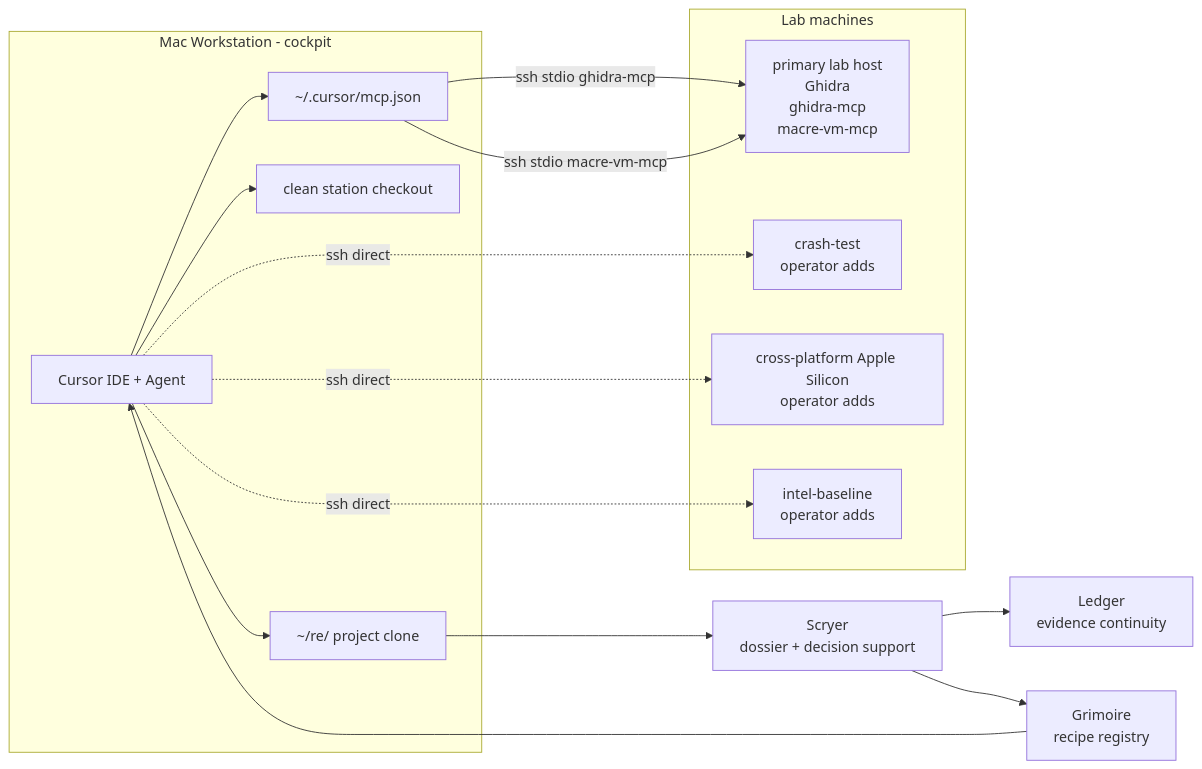
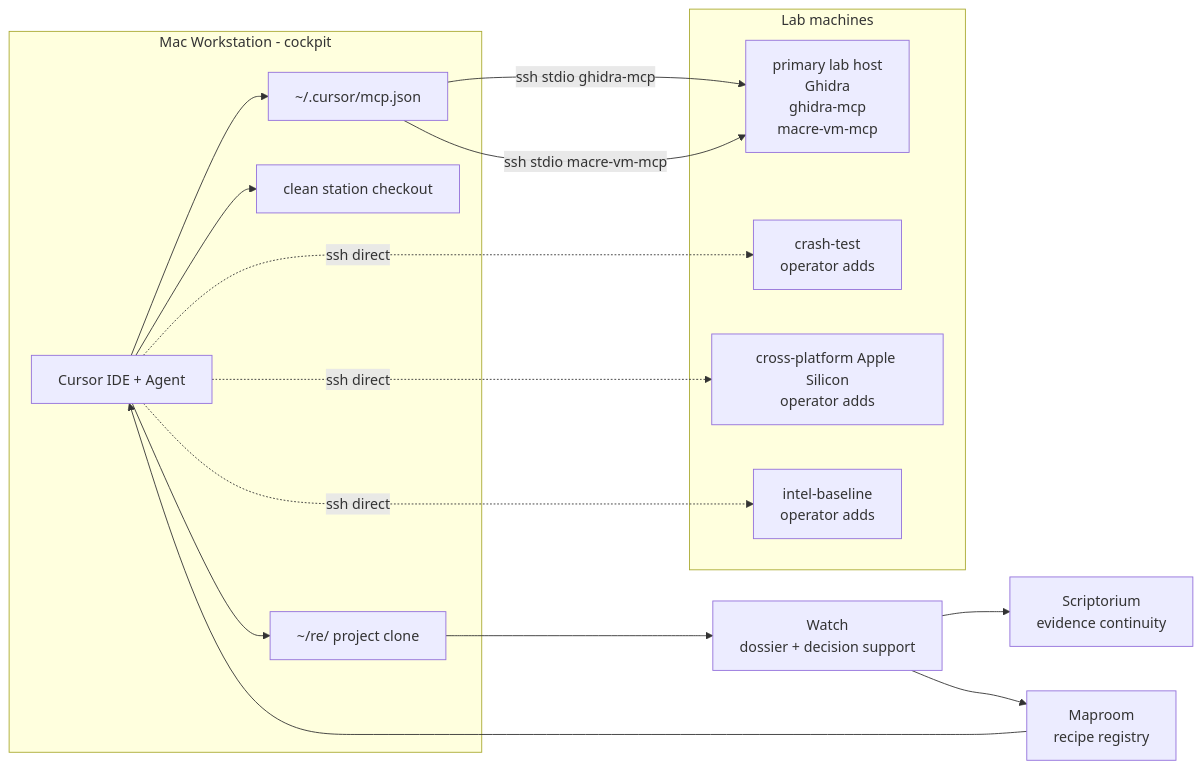
Before and after one commit to UnsaltedHash42/mac-reversing-station: the diagram in docs/topology.md, drawn with Mermaid. The commit also changed other lines of this file and 22 other files, not shown here.

````diff
--- a/docs/topology.md
+++ b/docs/topology.md
@@ -7,29 +7,29 @@
 ```mermaid
 flowchart LR
     subgraph Workstation["Mac Workstation - cockpit"]
         Cursor["Cursor IDE + Agent"]
         MCP["~/.cursor/mcp.json"]
         Template["clean station checkout"]
         Project["~/re/<project> project clone"]
     end
 
     subgraph Lab["Lab machines"]
         Primary["primary lab host<br/>Ghidra<br/>ghidra-mcp<br/>macre-vm-mcp"]
         Crash["crash-test<br/>operator adds"]
         Cross["cross-platform Apple Silicon<br/>operator adds"]
         Intel["intel-baseline<br/>operator adds"]
     end
 
     Cursor --> MCP
     MCP -->|"ssh stdio ghidra-mcp"| Primary
     MCP -->|"ssh stdio macre-vm-mcp"| Primary
     Cursor --> Template
     Cursor --> Project
-    Project --> Scryer["Scryer<br/>dossier + decision support"]
-    Scryer --> Ledger["Ledger<br/>evidence continuity"]
-    Scryer --> Grimoire["Grimoire<br/>recipe registry"]
-    Grimoire --> Cursor
+    Project --> Watch["Watch<br/>dossier + decision support"]
+    Watch --> Scriptorium["Scriptorium<br/>evidence continuity"]
+    Watch --> Maproom["Maproom<br/>recipe registry"]
+    Maproom --> Cursor
     Cursor -.->|"ssh direct"| Crash
     Cursor -.->|"ssh direct"| Cross
     Cursor -.->|"ssh direct"| Intel
 ```
````
